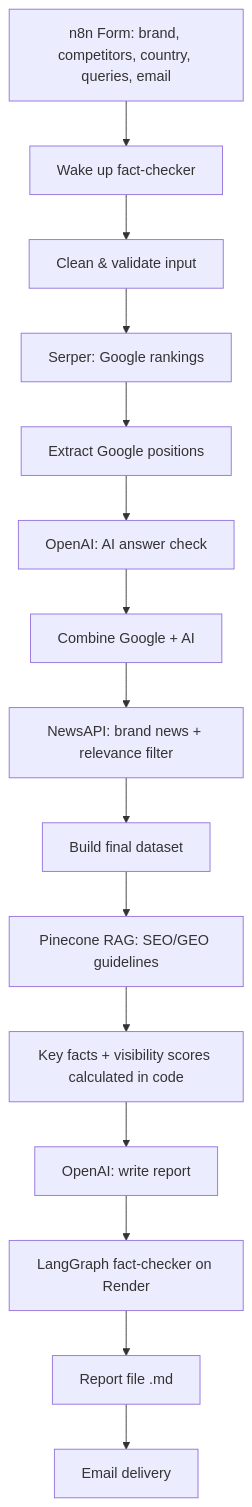
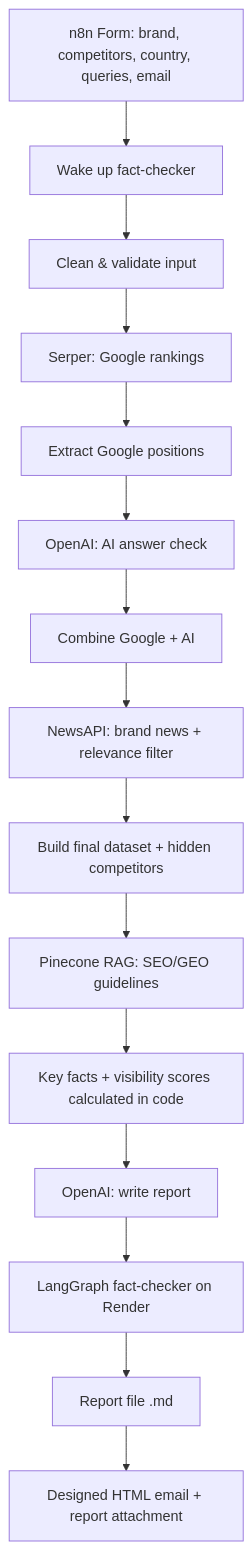
Before and after one commit to barsha-mishra/ai-search-visibility-agent: the first of 2 diagrams in README.md, drawn with Mermaid. The commit also changed other lines of this file and 15 other files, not shown here.

````diff
--- a/README.md
+++ b/README.md
@@ -46,17 +49,17 @@
 ```mermaid
 flowchart TD
     A[n8n Form: brand, competitors, country, queries, email] --> B[Wake up fact-checker]
     B --> C[Clean & validate input]
     C --> D[Serper: Google rankings]
     D --> E[Extract Google positions]
     E --> F[OpenAI: AI answer check]
     F --> G[Combine Google + AI]
     G --> H[NewsAPI: brand news + relevance filter]
-    H --> I[Build final dataset]
+    H --> I[Build final dataset + hidden competitors]
     I --> J[Pinecone RAG: SEO/GEO guidelines]
     J --> K[Key facts + visibility scores calculated in code]
     K --> L[OpenAI: write report]
     L --> M[LangGraph fact-checker on Render]
     M --> N[Report file .md]
-    N --> O[Email delivery]
+    N --> O[Designed HTML email + report attachment]
 ```
````
